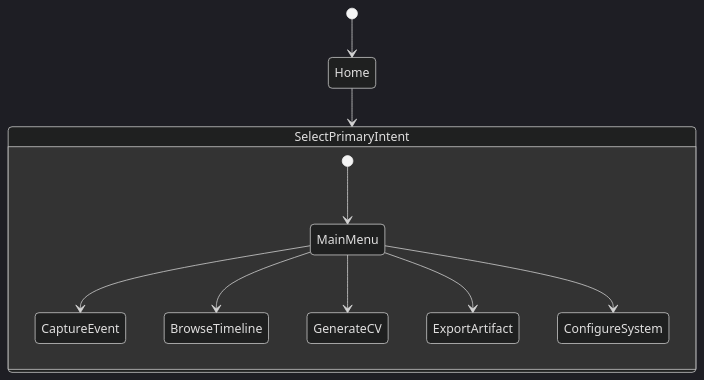
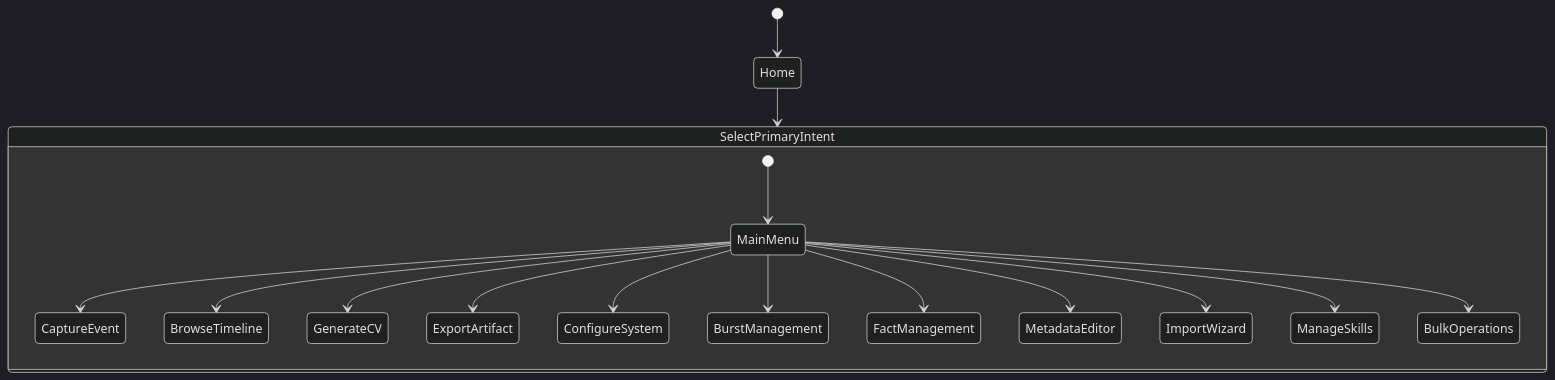
The first of 12 diagrams in docs/TUI_INTENT_DIAGRAM.md (baphled/KaRiya), drawn with Mermaid (dark theme) before and after one commit. The commit also changed other lines of this file and 5 other files, not shown here.

````diff
--- a/docs/TUI_INTENT_DIAGRAM.md
+++ b/docs/TUI_INTENT_DIAGRAM.md
@@ -7,15 +7,21 @@
 ```mermaid
 stateDiagram-v2
     direction TB
     [*] --> Home
     Home --> SelectPrimaryIntent
 
     state SelectPrimaryIntent {
         [*] --> MainMenu
         MainMenu --> CaptureEvent
         MainMenu --> BrowseTimeline
         MainMenu --> GenerateCV
         MainMenu --> ExportArtifact
         MainMenu --> ConfigureSystem
+        MainMenu --> BurstManagement
+        MainMenu --> FactManagement
+        MainMenu --> MetadataEditor
+        MainMenu --> ImportWizard
+        MainMenu --> ManageSkills
+        MainMenu --> BulkOperations
     }
 ```
````
